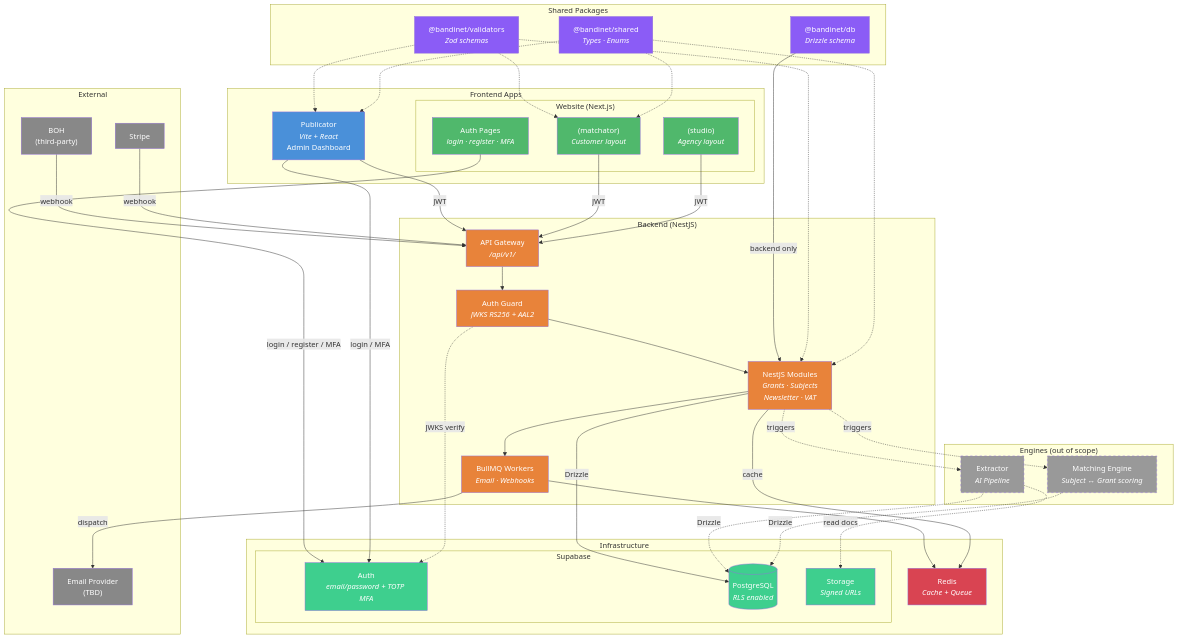
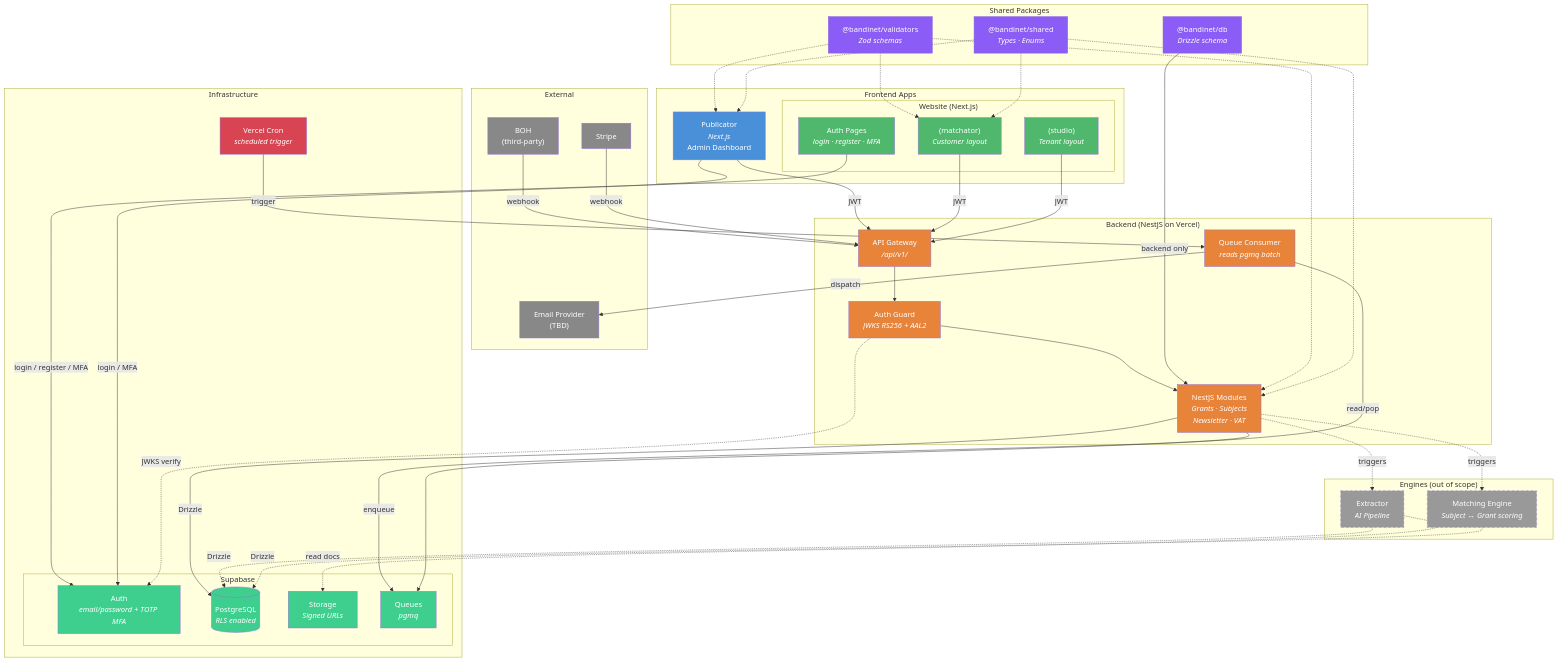
Before and after one commit to tonmoydeb404/next-backend: the diagram in docs/system-diagram.md, drawn with Mermaid. The commit also changed other lines of this file and 87 other files, not shown here.

```diff
--- a/docs/system-diagram.md
+++ b/docs/system-diagram.md
@@ -9,19 +9,19 @@
     end
 
     subgraph "Frontend Apps"
-        Publicator["Publicator<br/><i>Vite + React</i><br/>Admin Dashboard"]
+        Publicator["Publicator<br/><i>Next.js</i><br/>Admin Dashboard"]
         subgraph "Website (Next.js)"
             WebAuth["Auth Pages<br/><i>login · register · MFA</i>"]
             Matchator["(matchator)<br/><i>Customer layout</i>"]
-            Studio["(studio)<br/><i>Agency layout</i>"]
+            Studio["(studio)<br/><i>Tenant layout</i>"]
         end
     end
 
-    subgraph "Backend (NestJS)"
+    subgraph "Backend (NestJS on Vercel)"
         API["API Gateway<br/><i>/api/v1/</i>"]
         AuthGuard["Auth Guard<br/><i>JWKS RS256 + AAL2</i>"]
         Modules["NestJS Modules<br/><i>Grants · Subjects<br/>Newsletter · VAT</i>"]
-        Queue["BullMQ Workers<br/><i>Email · Webhooks</i>"]
+        Queue["Queue Consumer<br/><i>reads pgmq batch</i>"]
     end
 
     subgraph "Engines (out of scope)"
@@ -30,11 +30,12 @@
     end
 
     subgraph Infrastructure
-        Redis["Redis<br/><i>Cache + Queue</i>"]
+        Cron["Vercel Cron<br/><i>scheduled trigger</i>"]
         subgraph "Supabase"
             SupaAuth["Auth<br/><i>email/password + TOTP MFA</i>"]
             SupaDB[("PostgreSQL<br/><i>RLS enabled</i>")]
             SupaStorage["Storage<br/><i>Signed URLs</i>"]
+            SupaQueue["Queues<br/><i>pgmq</i>"]
         end
     end
 
@@ -61,8 +62,9 @@
     API --> AuthGuard
     AuthGuard -.->|"JWKS verify"| SupaAuth
     AuthGuard --> Modules
-    Modules --> Queue
-    Queue --> Redis
+    Modules -->|"enqueue"| SupaQueue
+    Cron -->|"trigger"| Queue
+    Queue -->|"read/pop"| SupaQueue
     Queue -->|"dispatch"| EmailProvider
 
     %% Backend → Engines (future)
@@ -71,7 +73,6 @@
 
     %% Backend → Supabase
     Modules -->|"Drizzle"| SupaDB
-    Modules -->|"cache"| Redis
     Extractor -.->|"Drizzle"| SupaDB
     Extractor -.->|"read docs"| SupaStorage
     Matching -.->|"Drizzle"| SupaDB
@@ -96,10 +97,11 @@
     style Queue fill:#e8833a,color:#fff
     style Extractor fill:#999,color:#fff,stroke-dasharray: 5 5
     style Matching fill:#999,color:#fff,stroke-dasharray: 5 5
-    style Redis fill:#d94452,color:#fff
+    style Cron fill:#d94452,color:#fff
     style SupaAuth fill:#3ecf8e,color:#fff
     style SupaDB fill:#3ecf8e,color:#fff
     style SupaStorage fill:#3ecf8e,color:#fff
+    style SupaQueue fill:#3ecf8e,color:#fff
     style BOH fill:#888,color:#fff
     style Stripe fill:#888,color:#fff
     style EmailProvider fill:#888,color:#fff
```
